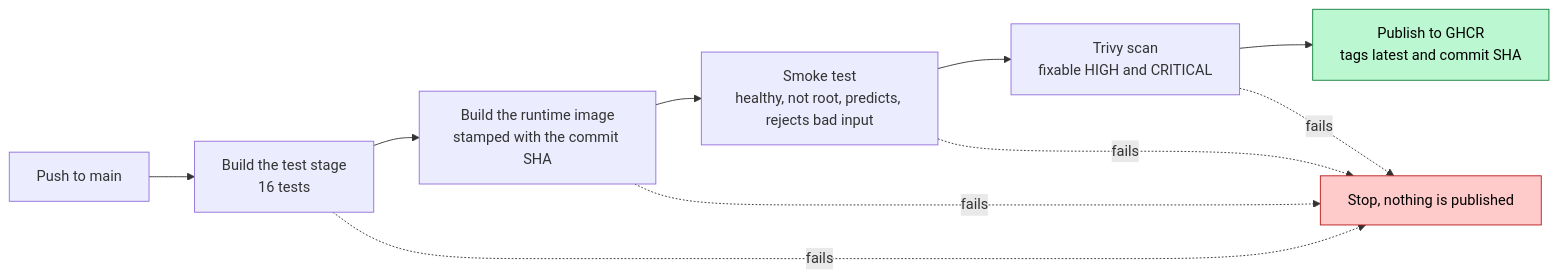
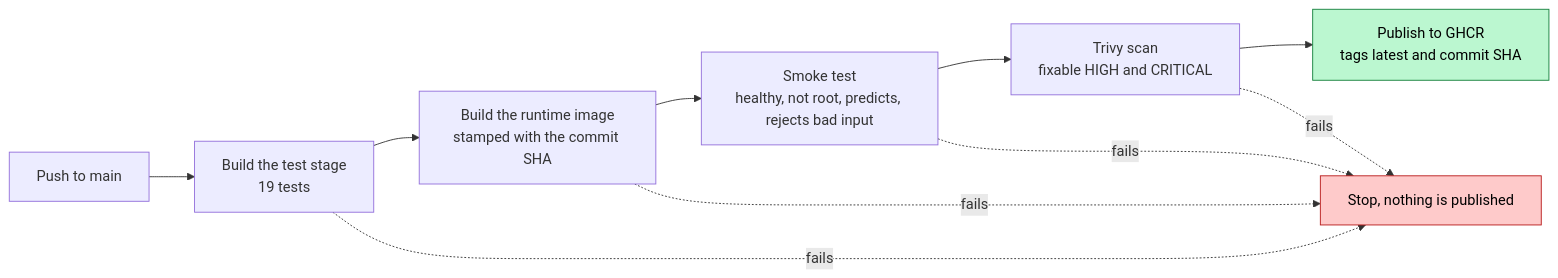
Before and after one commit to lequo-neu/IE7374-Docker-Assignment6: the second of 2 diagrams in README.md, drawn with Mermaid. The commit also changed other lines of this file and 1 other file, not shown here.

````diff
--- a/README.md
+++ b/README.md
@@ -69,17 +76,17 @@
 ```mermaid
 flowchart LR
-    A["Push to main"] --> B["Build the test stage<br/>16 tests"]
+    A["Push to main"] --> B["Build the test stage<br/>19 tests"]
     B --> C["Build the runtime image<br/>stamped with the commit SHA"]
     C --> D["Smoke test<br/>healthy, not root, predicts, rejects bad input"]
     D --> E["Trivy scan<br/>fixable HIGH and CRITICAL"]
     E --> F["Publish to GHCR<br/>tags latest and commit SHA"]
     B -. "fails" .-> X["Stop, nothing is published"]
     C -. "fails" .-> X
     D -. "fails" .-> X
     E -. "fails" .-> X
 
     classDef stop fill:#fecaca,stroke:#b91c1c,color:#000000
     classDef ship fill:#bbf7d0,stroke:#15803d,color:#000000
     class X stop
     class F ship
 ```
````
